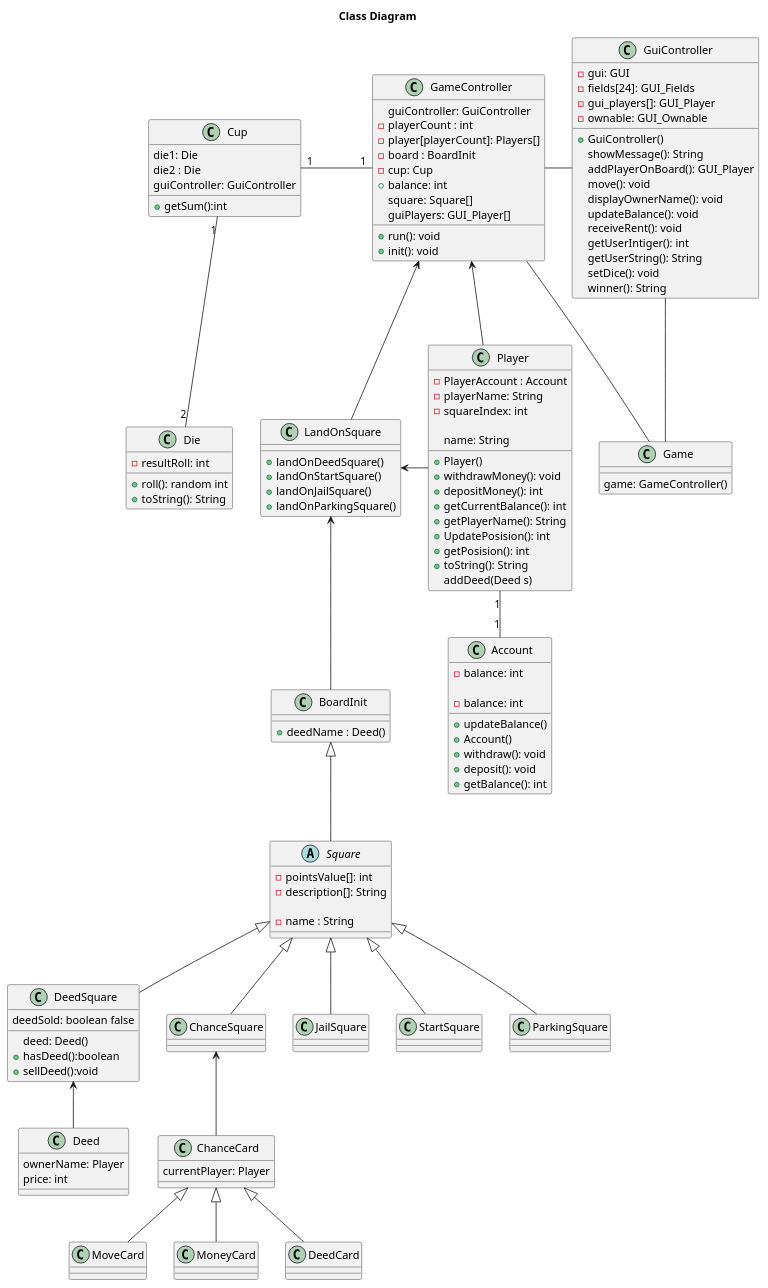
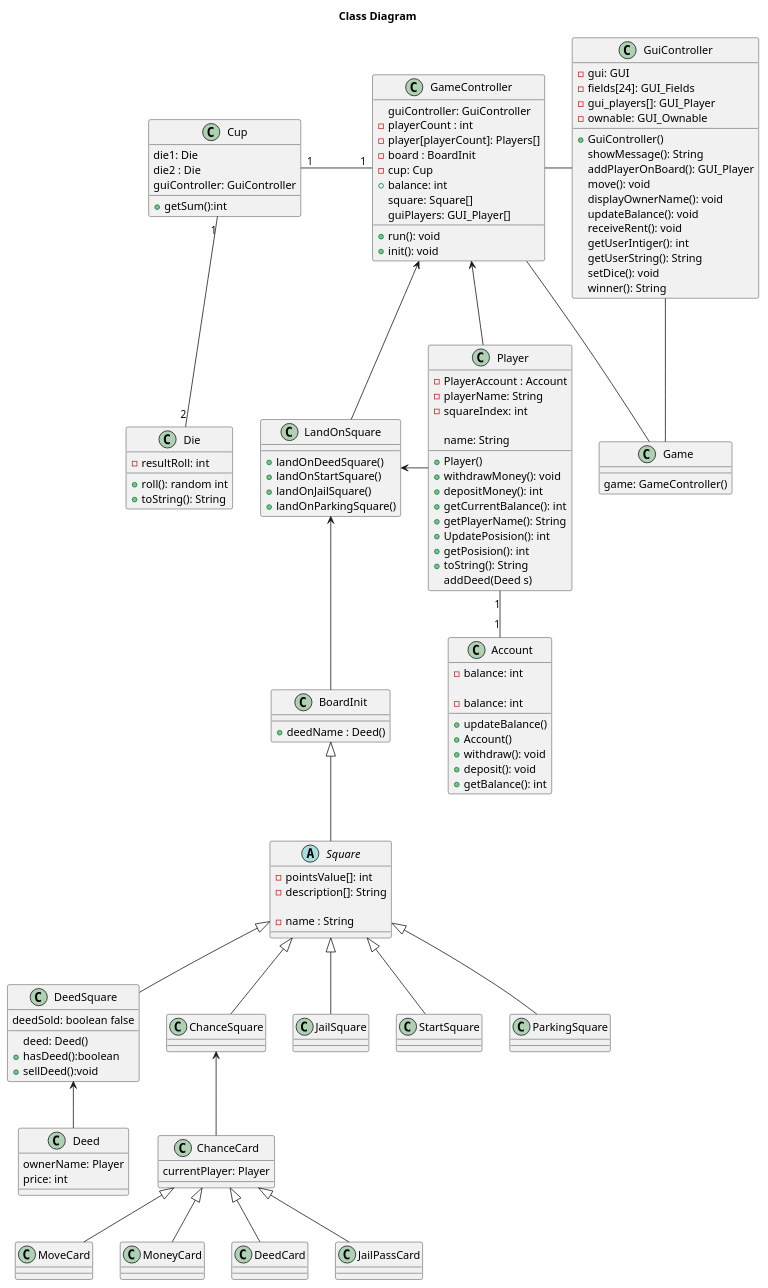
The diagram in Diagrams/ClassDiagram.puml (hellomelissaw/Matador), drawn with PlantUML before and after one commit.

Commit message:
"tilføjet JailPassCard class i klassediagram"

```diff
--- a/Diagrams/ClassDiagram.puml
+++ b/Diagrams/ClassDiagram.puml
@@ -1,195 +1,197 @@
 @startuml
 
 title Class Diagram
 
 class Game{
 game: GameController()
 }
 
 
 class Cup{
 die1: Die
 die2 : Die
 guiController: GuiController
 +getSum():int
 }
 
 class Die {
 -resultRoll: int
 
 +roll(): random int
 +toString(): String
 }
 
 class GameController {
 guiController: GuiController
 -playerCount : int
 -player[playerCount]: Players[]
 -board : BoardInit
 -cup: Cup
 +balance: int
 square: Square[]
 guiPlayers: GUI_Player[]
 
 +run(): void
 +init(): void
 
 }
 
 class LandOnSquare {
 +landOnDeedSquare()
 +landOnStartSquare()
 +landOnJailSquare()
 +landOnParkingSquare()
 }
 
 class Player{
 -PlayerAccount : Account
 -playerName: String
 -squareIndex: int
 +Player()
 +withdrawMoney(): void
 +depositMoney(): int
 +getCurrentBalance(): int
 +getPlayerName(): String
 +UpdatePosision(): int
 +getPosision(): int
 +toString(): String
 
 }
 
 class Account{
 -balance: int
 +updateBalance()
 
 }
 
 class Square {
 -pointsValue[]: int
 -description[]: String
 
 }
 
 class BoardInit {
 +deedName : Deed()
 
 }
 
 abstract class Square {
 - name : String
 }
 
 class DeedSquare {
 deed: Deed()
 deedSold: boolean false
 +hasDeed():boolean
 +sellDeed():void
 
 }
 
 class Deed {
 ownerName: Player
 price: int
 
 }
 
 class Player {
 name: String
 addDeed(Deed s)
 
 }
 
 class Account {
 -balance: int
 +Account()
 +withdraw(): void
 +deposit(): void
 +getBalance(): int
 
 }
 
 class ChanceSquare {}
 
 class ChanceCard {}
 
 class JailSquare {}
 
 class StartSquare {}
 
 class ParkingSquare {}
 
 class GuiController{
 -gui: GUI
 -fields[24]: GUI_Fields
 -gui_players[]: GUI_Player
 -ownable: GUI_Ownable
 +GuiController()
 showMessage(): String
 addPlayerOnBoard(): GUI_Player
 move(): void
 displayOwnerName(): void
 updateBalance(): void
 receiveRent(): void
 getUserIntiger(): int
 getUserString(): String
 setDice(): void
 winner(): String
 }
 
 class ChanceCard {
 currentPlayer: Player
 
 }
 
 class MoveCard {
 
 }
 
 GameController -up- Game
 
 GuiController -right Game
 
 GameController <-down- LandOnSquare
 
 GuiController -left GameController
 
 LandOnSquare <-down- BoardInit
 
 LandOnSquare <-right- Player
 
 BoardInit <|-down- Square
 
 Square <|-down- DeedSquare
 
 DeedSquare <-down- Deed
 
 Square  <|-down- ChanceSquare
 
 ChanceSquare <-down- ChanceCard
 
 Square  <|-down- JailSquare
 
 Square  <|-down- StartSquare
 
 Square  <|-down- ParkingSquare
 
 ChanceCard <|-down- MoveCard
 
 ChanceCard <|-down- MoneyCard
 
 ChanceCard <|-down- DeedCard
 
+ChanceCard <|-down- JailPassCard
+
 
 
 GameController <-right- Player
 
 GameController "1" -left- "1" Cup
 
 
 
 
 Cup "1" -down- "2" Die
 
 Player "1" -down- "1" Account
 
 @enduml
```
